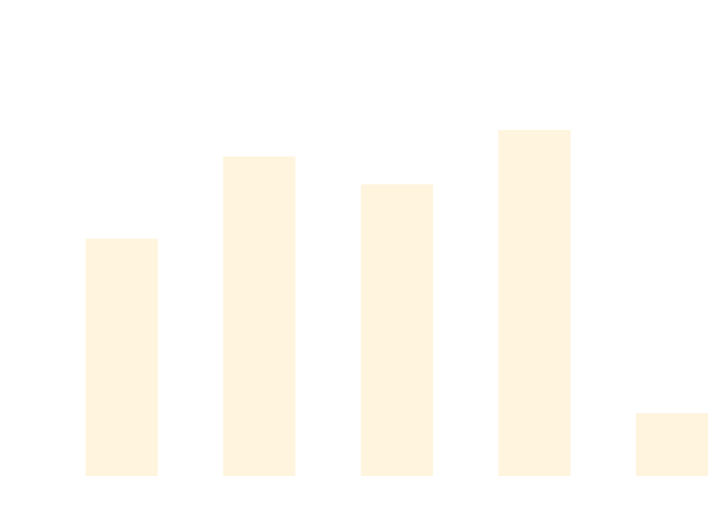
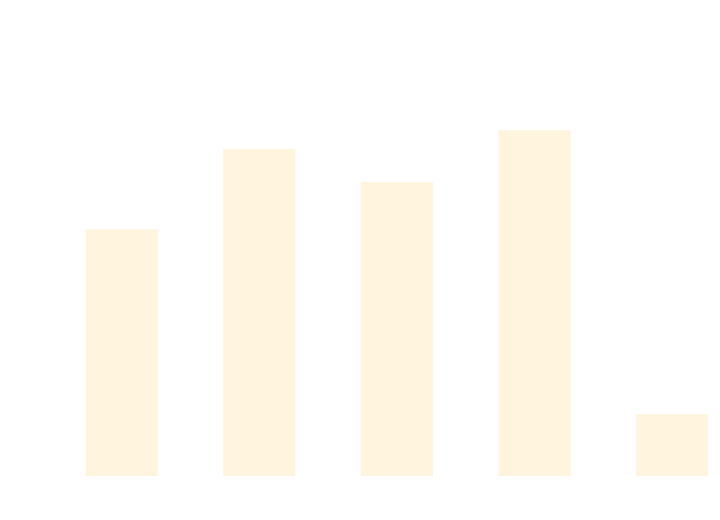
Before and after one commit to thomhurst/TUnit: the diagram in docs/docs/benchmarks/AsyncTests.md, drawn with Mermaid. The commit also changed other lines of this file and 17 other files, not shown here.

````diff
--- a/docs/docs/benchmarks/AsyncTests.md
+++ b/docs/docs/benchmarks/AsyncTests.md
@@ -27,37 +27,37 @@
 ```mermaid
 %%{init: {
   'theme':'base',
   'themeVariables': {
     'primaryColor': '#2563eb',
     'primaryTextColor': '#ffffff',
     'primaryBorderColor': '#1e40af',
     'lineColor': '#6b7280',
     'secondaryColor': '#7c3aed',
     'tertiaryColor': '#dc2626',
     'background': '#ffffff',
     'mainBkg': '#2563eb',
     'secondBkg': '#7c3aed',
     'tertiaryBkg': '#dc2626',
     'clusterBkg': '#f3f4f6',
     'edgeLabelBackground': '#ffffff',
     'tertiaryTextColor': '#1f2937',
     'pie1': '#2563eb',
     'pie2': '#7c3aed',
     'pie3': '#dc2626',
     'pie4': '#f59e0b',
     'pie5': '#10b981',
     'pie6': '#06b6d4',
     'pie7': '#ec4899',
     'pie8': '#6366f1',
     'pie9': '#84cc16',
     'pie10': '#f97316',
     'pie11': '#14b8a6',
     'pie12': '#a855f7'
   }
 }}%%
 xychart-beta
   title "AsyncTests Performance Comparison"
   x-axis ["TUnit", "NUnit", "MSTest", "xUnit3", "TUnit_AOT"]
-  y-axis "Time (ms)" 0 --> 897
-  bar [506.7, 688.9, 627.2, 747.5, 120.7]
+  y-axis "Time (ms)" 0 --> 928
+  bar [545.7, 730.1, 654.4, 772.7, 122]
 ```
````
